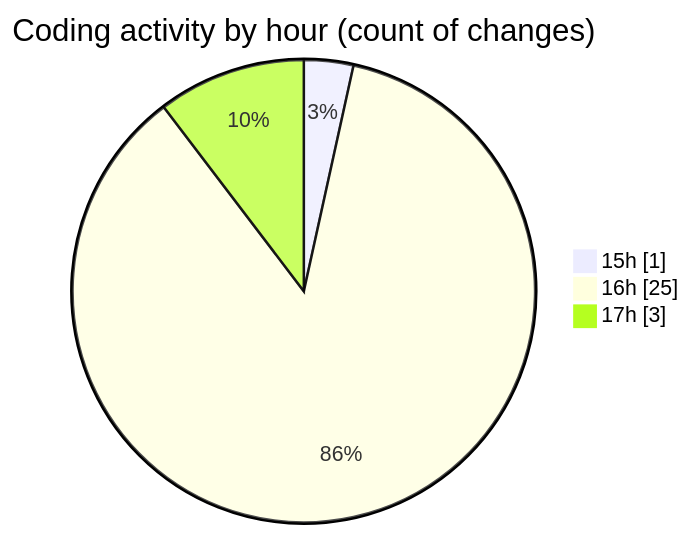
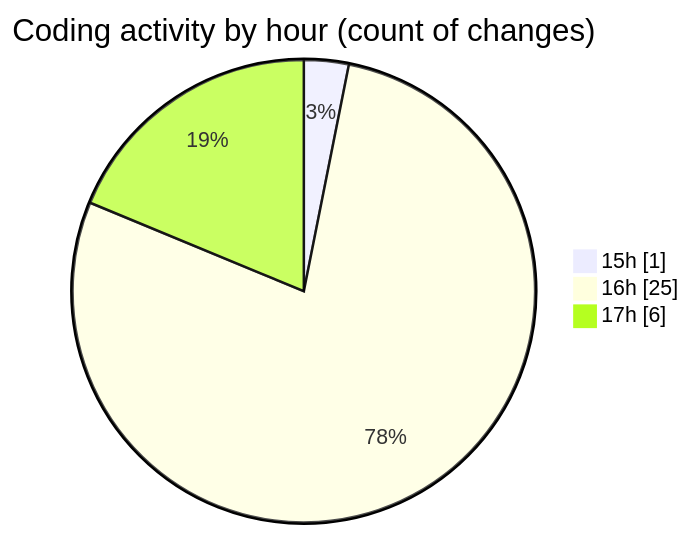
Before and after one commit to EIIisD/code-tracking: the second of 2 diagrams in 2025-07-21/fish/README.md, drawn with Mermaid. The commit also changed other lines of this file and 1 other file, not shown here.

````diff
--- a/2025-07-21/fish/README.md
+++ b/2025-07-21/fish/README.md
@@ -35,7 +35,7 @@
 ```mermaid
 pie showData
 title Coding activity by hour (count of changes)
 "15h" : 1
 "16h" : 25
-"17h" : 3
+"17h" : 6
 ```
````
